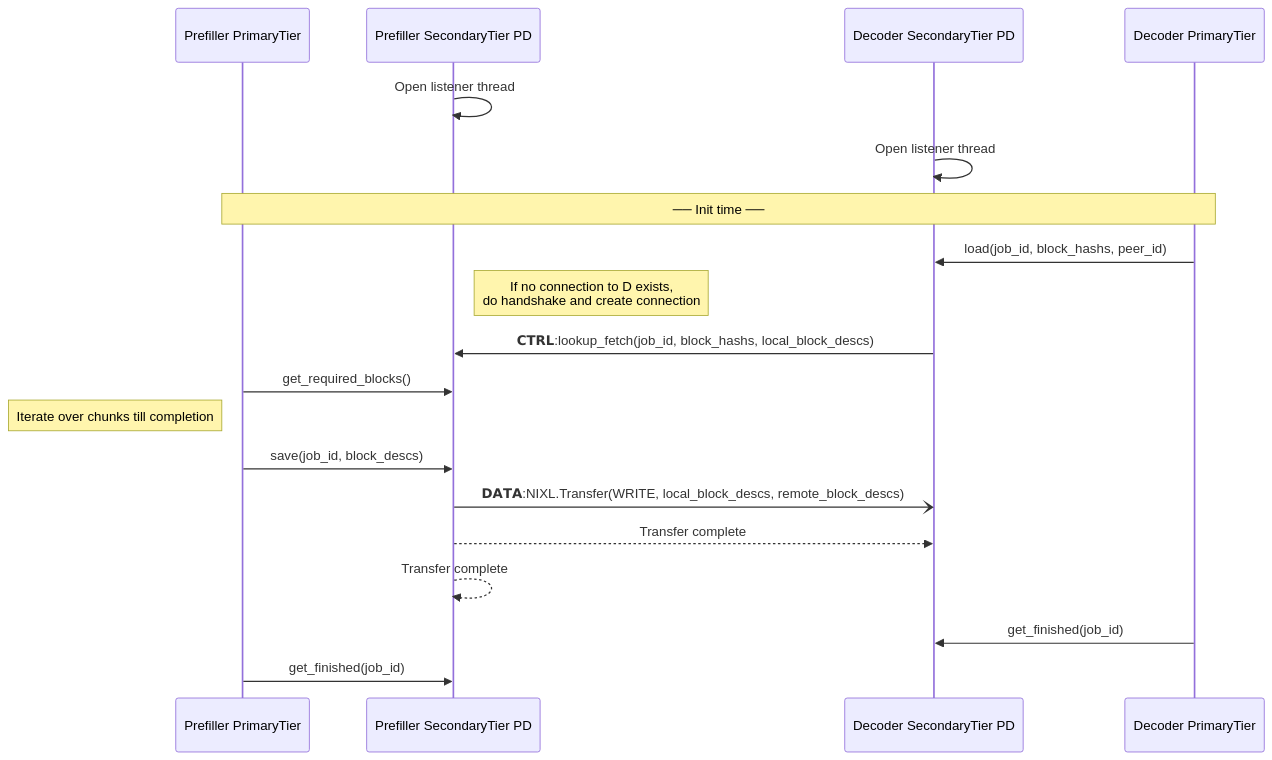
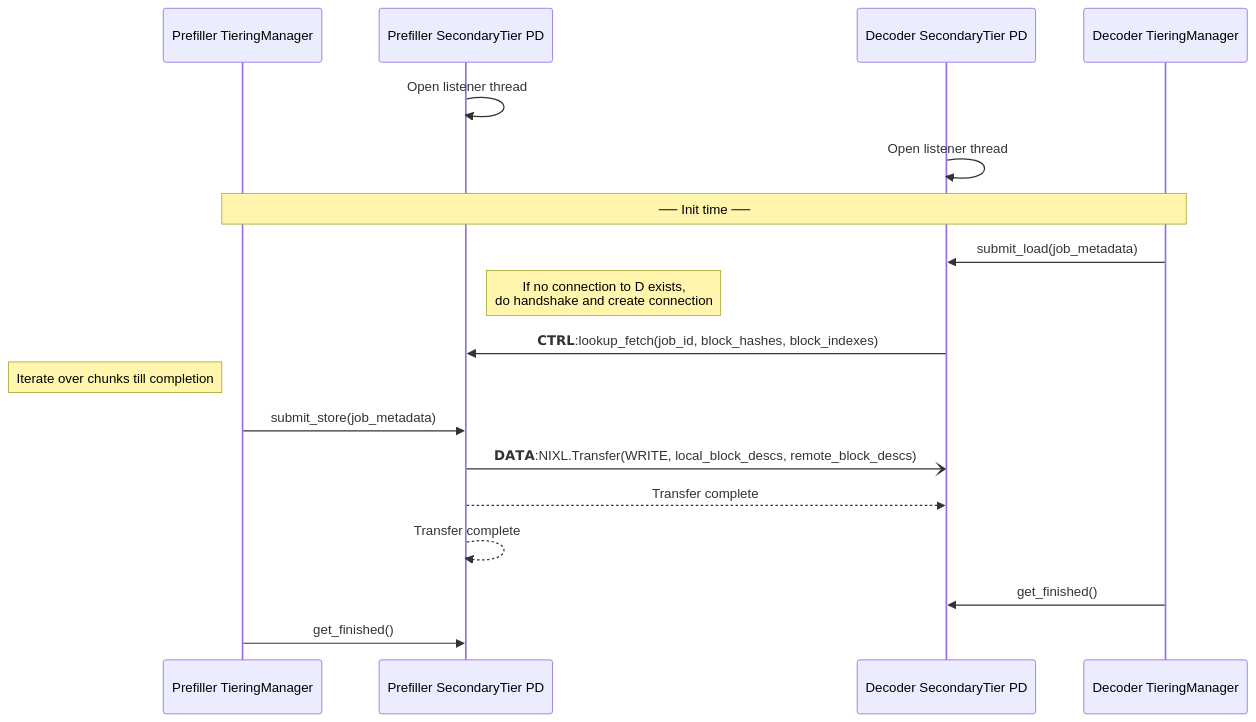
Before and after one commit to liranschour/vllm: the second of 2 diagrams in docs/features/PD-Connector.md, drawn with Mermaid. The commit also changed other lines of this file, not shown here.

````diff
--- a/docs/features/PD-Connector.md
+++ b/docs/features/PD-Connector.md
@@ -69,30 +79,29 @@
 ```mermaid
 sequenceDiagram
-    participant Prefiller_OC as Prefiller PrimaryTier
+    participant Prefiller_TM as Prefiller TieringManager
     participant Prefiller_PD as Prefiller SecondaryTier PD
     participant Decoder_PD as Decoder SecondaryTier PD
-    participant Decoder_OC as Decoder PrimaryTier
+    participant Decoder_TM as Decoder TieringManager
 
     Prefiller_PD->>Prefiller_PD: Open listener thread
     Decoder_PD->>Decoder_PD: Open listener thread
 
-    Note over Prefiller_OC,Decoder_OC: ── Init time ──
+    Note over Prefiller_TM,Decoder_TM: ── Init time ──
 
-    Decoder_OC->>Decoder_PD: load(job_id, block_hashs, peer_id)
+    Decoder_TM->>Decoder_PD: submit_load(job_metadata)
     Note right of Prefiller_PD: If no connection to D exists,<br/>do handshake and create connection
 
-    Decoder_PD->>Prefiller_PD: 𝗖𝗧𝗥𝗟:lookup_fetch(job_id, block_hashs, local_block_descs)
+    Decoder_PD->>Prefiller_PD: 𝗖𝗧𝗥𝗟:lookup_fetch(job_id, block_hashes, block_indexes)
 
-    Prefiller_OC->>Prefiller_PD: get_required_blocks()
-    Note left of Prefiller_OC: Iterate over chunks till completion
-    Prefiller_OC->>Prefiller_PD: save(job_id, block_descs)
+    Note left of Prefiller_TM: Iterate over chunks till completion
+    Prefiller_TM->>Prefiller_PD: submit_store(job_metadata)
 
     Prefiller_PD-)Decoder_PD: 𝗗𝗔𝗧𝗔:NIXL.Transfer(WRITE, local_block_descs, remote_block_descs)
 
     Prefiller_PD-->>Decoder_PD: Transfer complete
     Prefiller_PD-->>Prefiller_PD: Transfer complete
 
-    Decoder_OC->>Decoder_PD: get_finished(job_id)
-    Prefiller_OC->>Prefiller_PD: get_finished(job_id)
+    Decoder_TM->>Decoder_PD: get_finished()
+    Prefiller_TM->>Prefiller_PD: get_finished()
 
 ```
````
